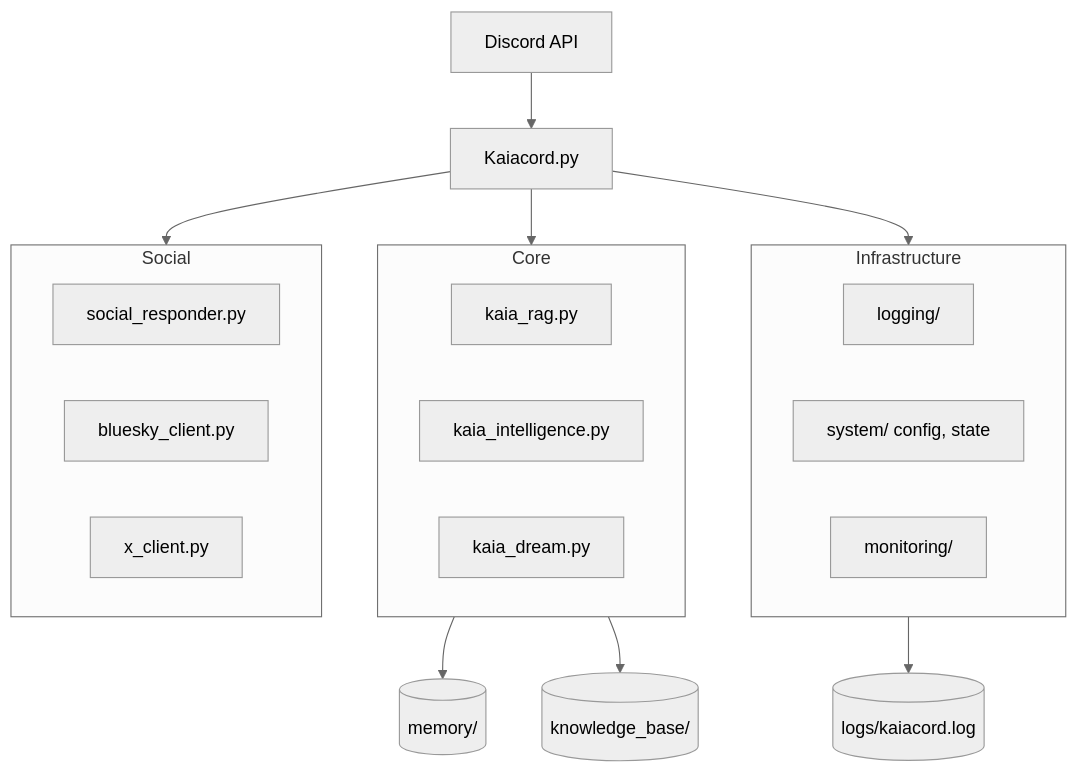
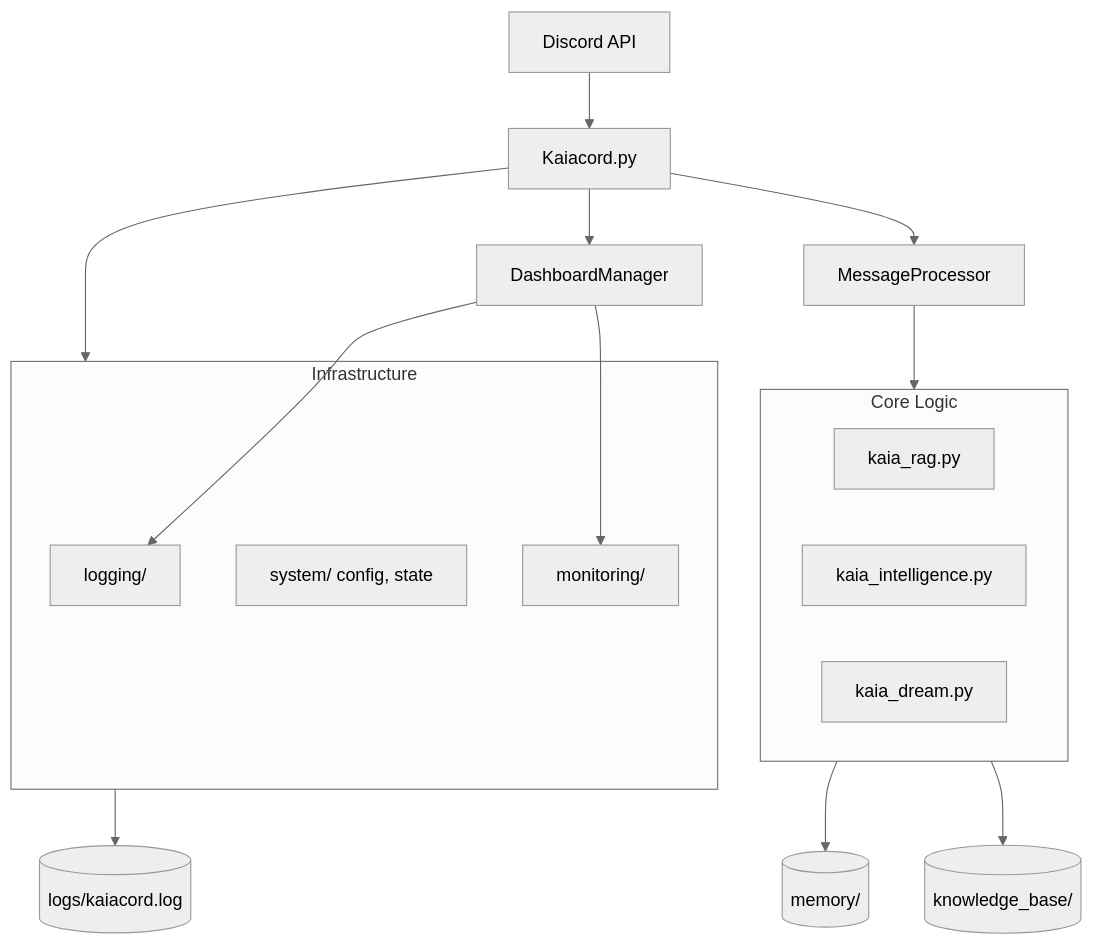
The seventh of 7 diagrams in README.md (Ekco-S64QTN6/Kaiacord), drawn with Mermaid (neutral theme) before and after one commit. The commit also changed other lines of this file and 48 other files, not shown here.

First line of the commit message:
feat: Comprehensive Architectural Refactor & Repetitive Response Fix

````diff
--- a/README.md
+++ b/README.md
@@ -71,29 +153,27 @@
 ```mermaid
 graph TB
     Discord[Discord API] --> Kaiacord[Kaiacord.py]
-    Kaiacord --> Core[utils/core]
-    Kaiacord --> Infrastructure[utils/infrastructure]
-    Kaiacord --> Social[utils/social]
+    Kaiacord --> DM[DashboardManager]
+    Kaiacord --> MP[MessageProcessor]
     
-    subgraph Core
+    subgraph CoreLogic ["Core Logic"]
         RAG[kaia_rag.py]
         Intel[kaia_intelligence.py]
         Dream[kaia_dream.py]
     end
     
-    subgraph Infrastructure
+    subgraph Infra ["Infrastructure"]
         Logging[logging/]
-        System[system/ config, state]
+        System["system/ config, state"]
         Monitoring[monitoring/]
     end
     
-    subgraph Social
-        SResponder[social_responder.py]
-        BSky[bluesky_client.py]
-        X[x_client.py]
-    end
+    MP --> CoreLogic
+    Kaiacord --> Infra
+    DM --> Logging
+    DM --> Monitoring
     
-    Infrastructure --> Logs[(logs/kaiacord.log)]
-    Core --> Memory[(memory/)]
-    Core --> KB[(knowledge_base/)]
+    Infra --> Logs[(logs/kaiacord.log)]
+    CoreLogic --> Memory[(memory/)]
+    CoreLogic --> KB[(knowledge_base/)]
 ```
````
